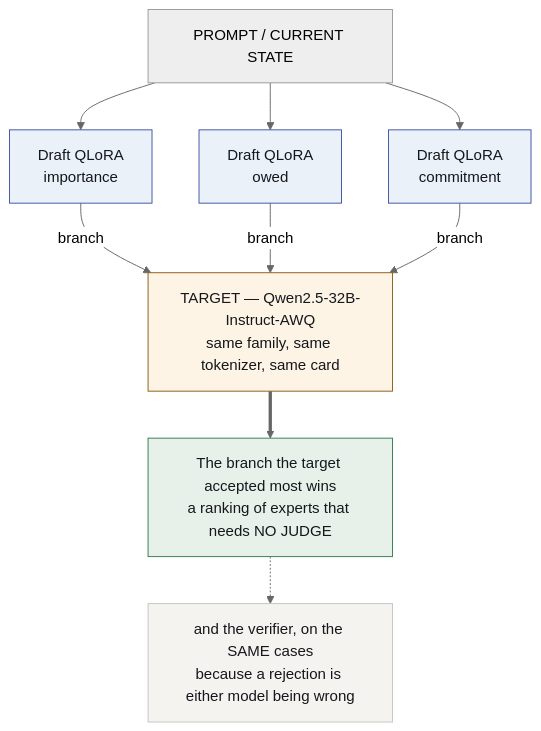
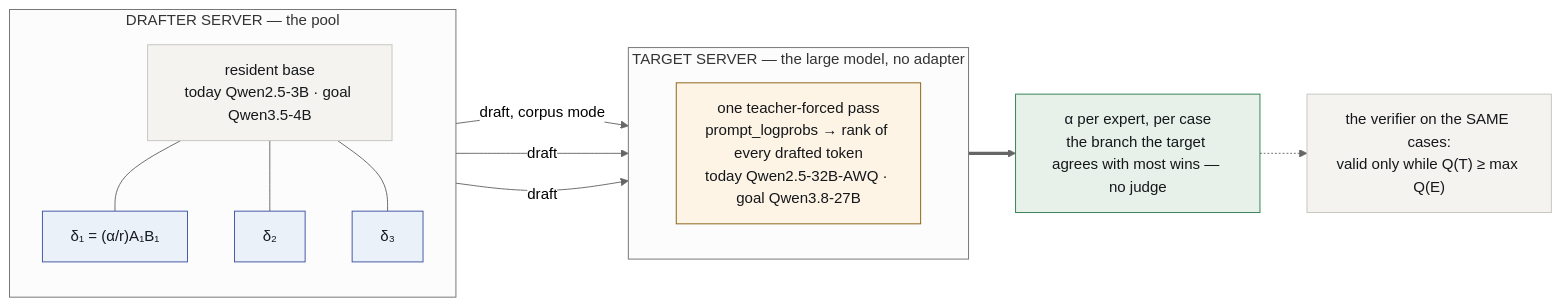
The first of 2 diagrams in README.md (EvolvingAgentsLabs/lora-kernel), drawn with Mermaid (neutral theme) before and after one commit. The commit also changed other lines of this file and 7 other files, not shown here.

````diff
--- a/README.md
+++ b/README.md
@@ -153,28 +191,32 @@
 ```mermaid
-flowchart TD
-    P["PROMPT / CURRENT STATE"]
-    A["Draft QLoRA<br>importance"]
-    B["Draft QLoRA<br>owed"]
-    C["Draft QLoRA<br>commitment"]
-    T["TARGET — Qwen2.5-32B-Instruct-AWQ<br>same family, same tokenizer, same card"]
-    W["The branch the target accepted most wins<br>a ranking of experts that needs NO JUDGE"]
-    V["and the verifier, on the SAME cases<br>because a rejection is either model being wrong"]
+flowchart LR
+    subgraph D["DRAFTER SERVER — the pool"]
+        direction TB
+        B["resident base<br>today Qwen2.5-3B · goal Qwen3.5-4B"]
+        E1["δ₁ = (α/r)A₁B₁"]
+        E2["δ₂"]
+        E3["δ₃"]
+        B --- E1
+        B --- E2
+        B --- E3
+    end
+    subgraph T["TARGET SERVER — the large model, no adapter"]
+        direction TB
+        V["one teacher-forced pass<br>prompt_logprobs → rank of every drafted token<br>today Qwen2.5-32B-AWQ · goal Qwen3.8-27B"]
+    end
+    E1 -- "draft, corpus mode" --> V
+    E2 -- "draft" --> V
+    E3 -- "draft" --> V
+    V ==> R["α per expert, per case<br>the branch the target agrees with most wins — no judge"]
+    R -.-> Q["the verifier on the SAME cases:<br>valid only while Q(T) ≥ max Q(E)"]
 
-    P --> A
-    P --> B
-    P --> C
-    A -- "branch" --> T
-    B -- "branch" --> T
-    C -- "branch" --> T
-    T ==> W
-    W -.-> V
-
+    classDef base fill:#F4F3F0,stroke:#C4C4BF,color:#15171B
     classDef expert fill:#EAF1F9,stroke:#3E52A3,color:#15171B
     classDef target fill:#FDF4E6,stroke:#8A5C10,color:#15171B
     classDef win fill:#E7F1EA,stroke:#2E7D4F,color:#15171B
-    class A,B,C expert
-    class T target
-    class W win
-    class V neutral
-    classDef neutral fill:#F4F3F0,stroke:#C4C4BF,color:#15171B
+    class B base
+    class E1,E2,E3 expert
+    class V target
+    class R win
+    class Q base
 ```
````
